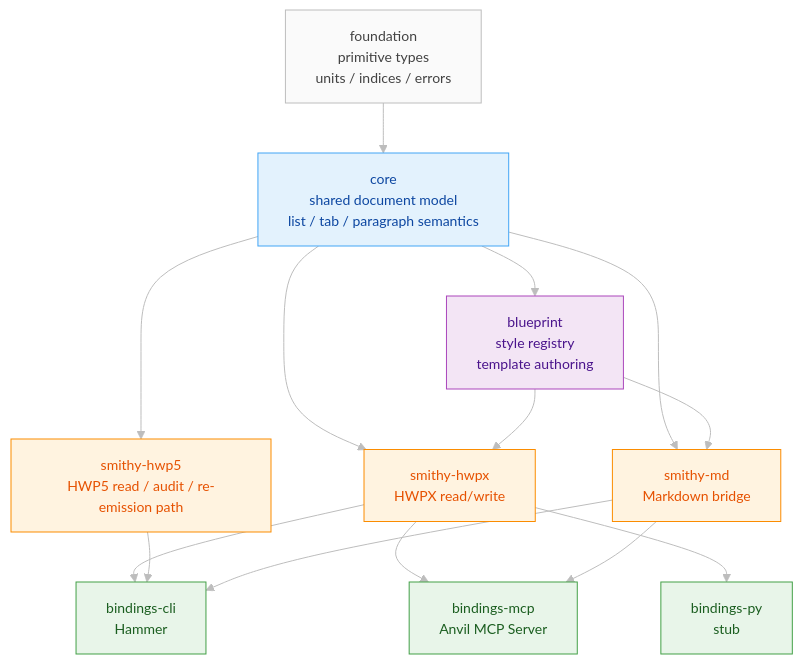
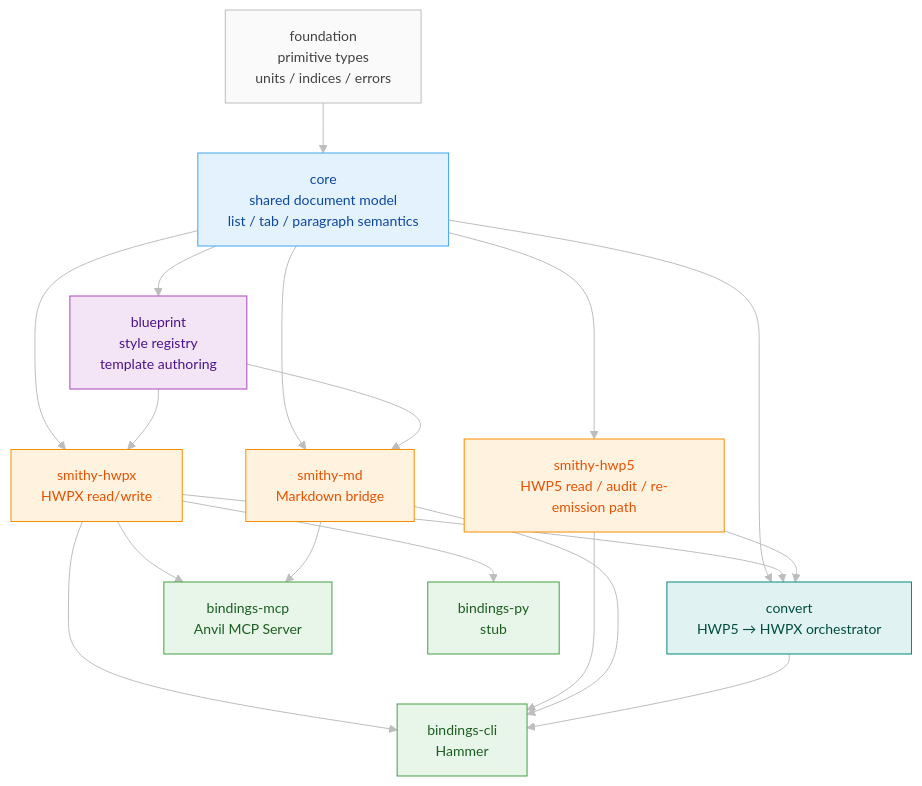
The first of 2 diagrams in README.md (ai-screams/HwpForge), drawn with Mermaid before and after one commit. The commit also changed other lines of this file and 3 other files, not shown here.

````diff
--- a/README.md
+++ b/README.md
@@ -392,36 +393,43 @@
 ```mermaid
 %%{init: {'theme': 'base', 'themeVariables': {'fontSize': '14px', 'lineColor': '#BDBDBD'}}}%%
 flowchart TB
     F["foundation<br/>primitive types<br/>units / indices / errors"]:::foundation
     C["core<br/>shared document model<br/>list / tab / paragraph semantics"]:::core
     B["blueprint<br/>style registry<br/>template authoring"]:::blueprint
 
     SHX["smithy-hwpx<br/>HWPX read/write"]:::smithy
     SH5["smithy-hwp5<br/>HWP5 read / audit / re-emission path"]:::smithy
     SMD["smithy-md<br/>Markdown bridge"]:::smithy
+
+    CONV["convert<br/>HWP5 → HWPX orchestrator"]:::convert
 
     CLI["bindings-cli<br/>Hammer"]:::binding
     MCP["bindings-mcp<br/>Anvil MCP Server"]:::binding
     PY["bindings-py<br/>stub"]:::binding
 
     F --> C
     C --> B
     C --> SHX
     C --> SH5
     C --> SMD
     B --> SHX
     B --> SMD
+    C --> CONV
+    SHX --> CONV
+    SH5 --> CONV
     SHX --> CLI
     SH5 --> CLI
     SMD --> CLI
+    CONV --> CLI
     SHX --> MCP
     SMD --> MCP
     SHX --> PY
 
     classDef file fill:#FFFDE7,stroke:#F9A825,color:#5D4037
     classDef smithy fill:#FFF3E0,stroke:#FB8C00,color:#E65100
+    classDef convert fill:#E0F2F1,stroke:#00897B,color:#004D40
     classDef core fill:#E3F2FD,stroke:#42A5F5,color:#0D47A1
     classDef blueprint fill:#F3E5F5,stroke:#AB47BC,color:#4A148C
     classDef foundation fill:#FAFAFA,stroke:#BDBDBD,color:#424242
     classDef binding fill:#E8F5E9,stroke:#43A047,color:#1B5E20
 ```
````
